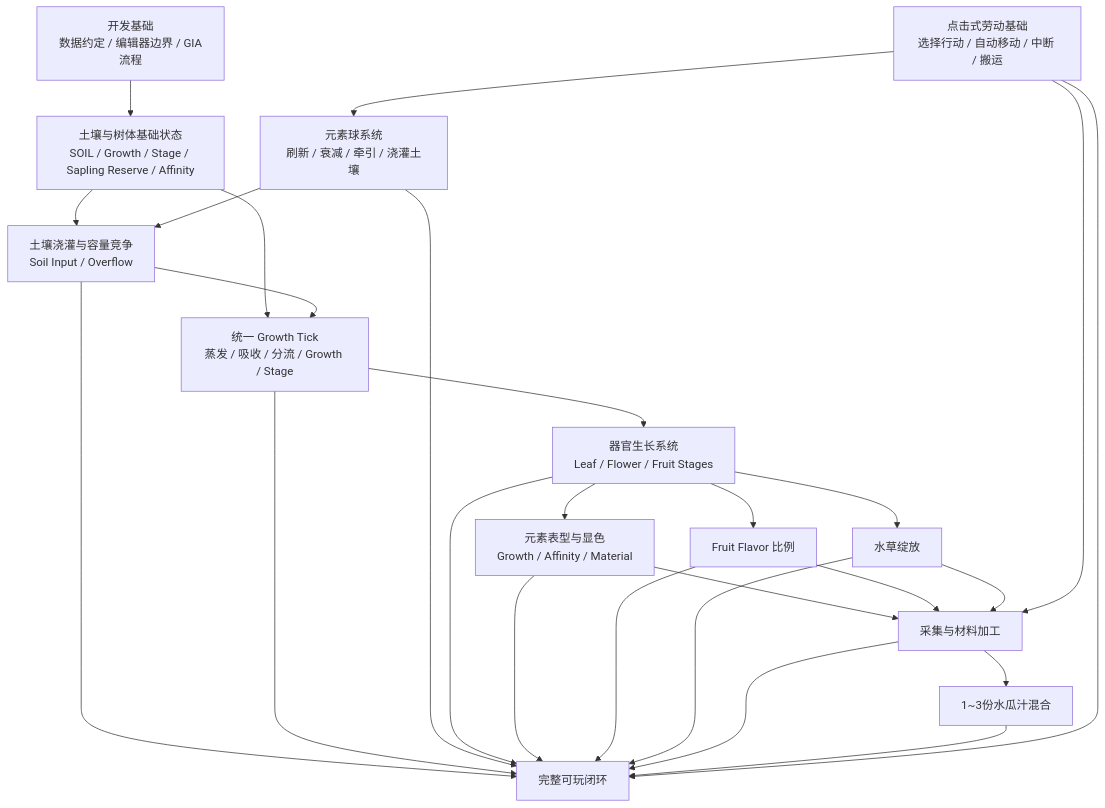
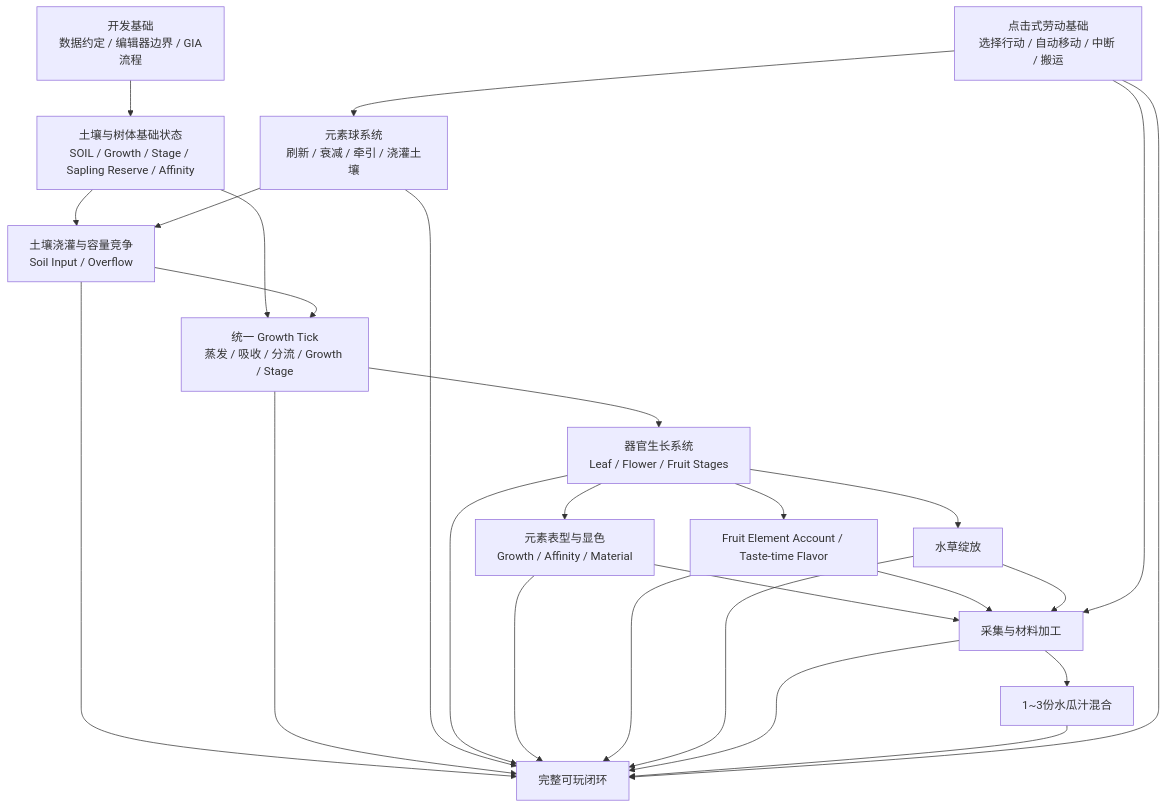
One commit to Ri0n72Y/idea-slime-bar changed the first of 4 diagrams in mvp/aquamelon-kitchen/implementation-roadmap.md. Above: the diagram before and after it, drawn with Mermaid. The commit also changed other lines of this file and 10 other files, not shown here.

First line of the commit message:
docs: unify fruit E_free/Products account across Growth, materials and roadmap (#33)

````diff
--- a/mvp/aquamelon-kitchen/implementation-roadmap.md
+++ b/mvp/aquamelon-kitchen/implementation-roadmap.md
@@ -18,51 +18,51 @@
 ```mermaid
 flowchart TD
     A[开发基础<br/>数据约定 / 编辑器边界 / GIA流程]
 
     B[土壤与树体基础状态<br/>SOIL / Growth / Stage / Sapling Reserve / Affinity]
     C[土壤浇灌与容量竞争<br/>Soil Input / Overflow]
     D[统一 Growth Tick<br/>蒸发 / 吸收 / 分流 / Growth / Stage]
 
     E[元素球系统<br/>刷新 / 衰减 / 牵引 / 浇灌土壤]
     F[器官生长系统<br/>Leaf / Flower / Fruit Stages]
     G[元素表型与显色<br/>Growth / Affinity / Material]
 
-    H[Fruit Flavor 比例]
+    H[Fruit Element Account / Taste-time Flavor]
     I[水草绽放]
     J[采集与材料加工]
     K[1~3份水瓜汁混合]
 
     L[点击式劳动基础<br/>选择行动 / 自动移动 / 中断 / 搬运]
     M[完整可玩闭环]
 
     A --> B
     B --> C
     B --> D
     C --> D
     E --> C
 
     D --> F
     F --> G
     F --> H
     F --> I
 
     G --> J
     H --> J
     I --> J
 
     J --> K
 
     L --> E
     L --> J
 
     C --> M
     D --> M
     E --> M
     F --> M
     G --> M
     H --> M
     I --> M
     J --> M
     K --> M
     L --> M
 ```
````
